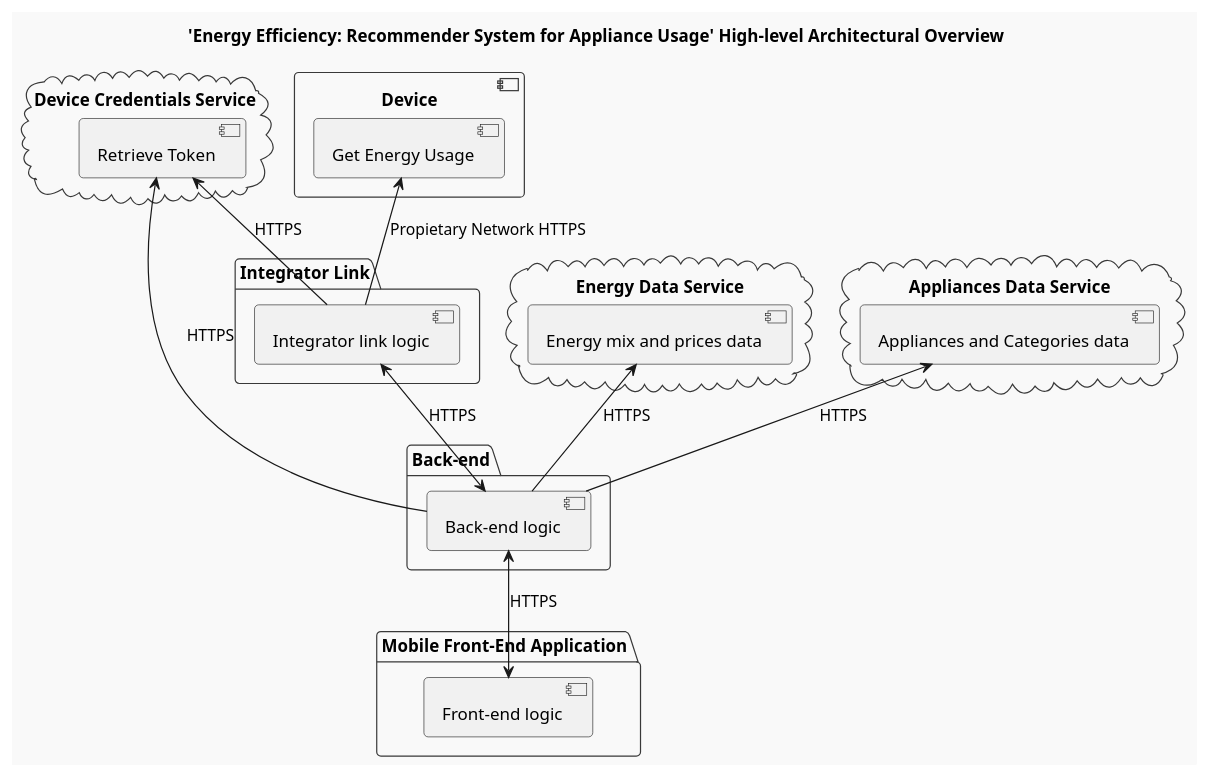
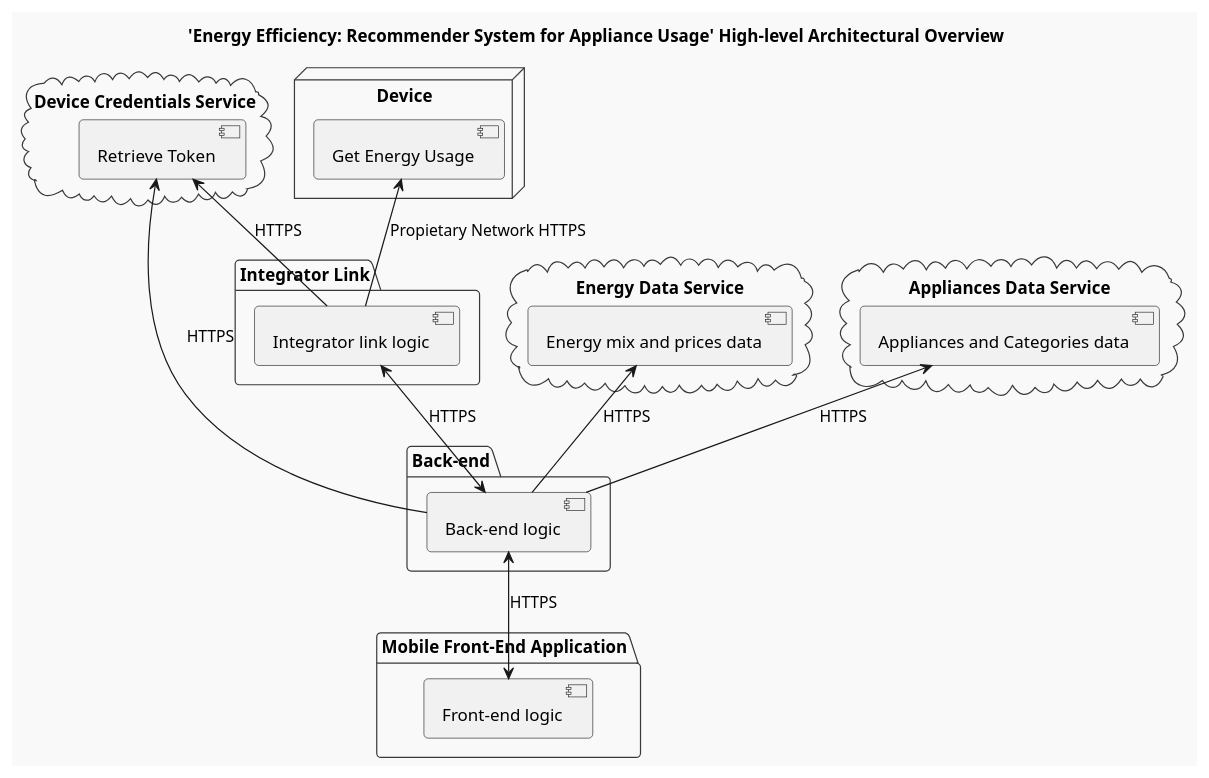
Before and after one commit to dperez2023/tfm_text: the diagram in Diagramas/highlevel-modules.plantuml, drawn with PlantUML.

Commit message:
Actualizar highlevel-modules.plantuml

```diff
--- a/Diagramas/highlevel-modules.plantuml
+++ b/Diagramas/highlevel-modules.plantuml
@@ -1,42 +1,42 @@
 @startuml
 !theme mars
 
 title 'Energy Efficiency: Recommender System for Appliance Usage' High-level Architectural Overview
 
 package "Mobile Front-End Application" {
    [Front-end logic]
 }
 
 package "Back-end" {
   [Back-end logic]
 }
 
 cloud "Energy Data Service" {
   [Energy mix and prices data]
 }
 
 cloud "Appliances Data Service" {
   [Appliances and Categories data]
 }
 
 package "Integrator Link" {
    [Integrator link logic]
 }
 
-component "Device" {
+node "Device" {
   [Get Energy Usage]
 }
 
 cloud "Device Credentials Service" {
   [Retrieve Token]
 }
 
 [Front-end logic] <-u-> [Back-end logic] : HTTPS
 [Integrator link logic] <-d-> [Back-end logic] : HTTPS
 [Appliances and Categories data] <-d- [Back-end logic] : HTTPS
 [Energy mix and prices data] <-d- [Back-end logic] : HTTPS
 [Retrieve Token] <-r- [Back-end logic] : HTTPS
 [Retrieve Token] <-d- [Integrator link logic]: HTTPS
 [Get Energy Usage] <-d- [Integrator link logic] : Propietary Network HTTPS
 
 @enduml
```
